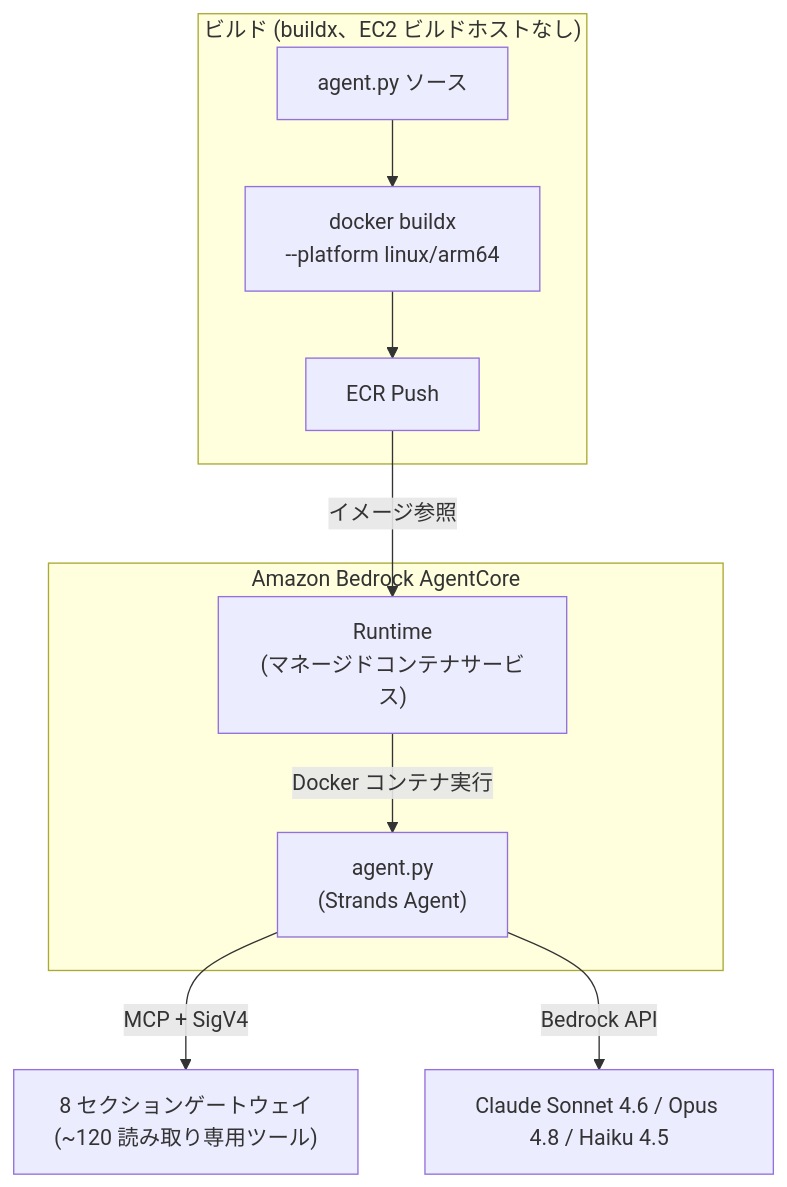
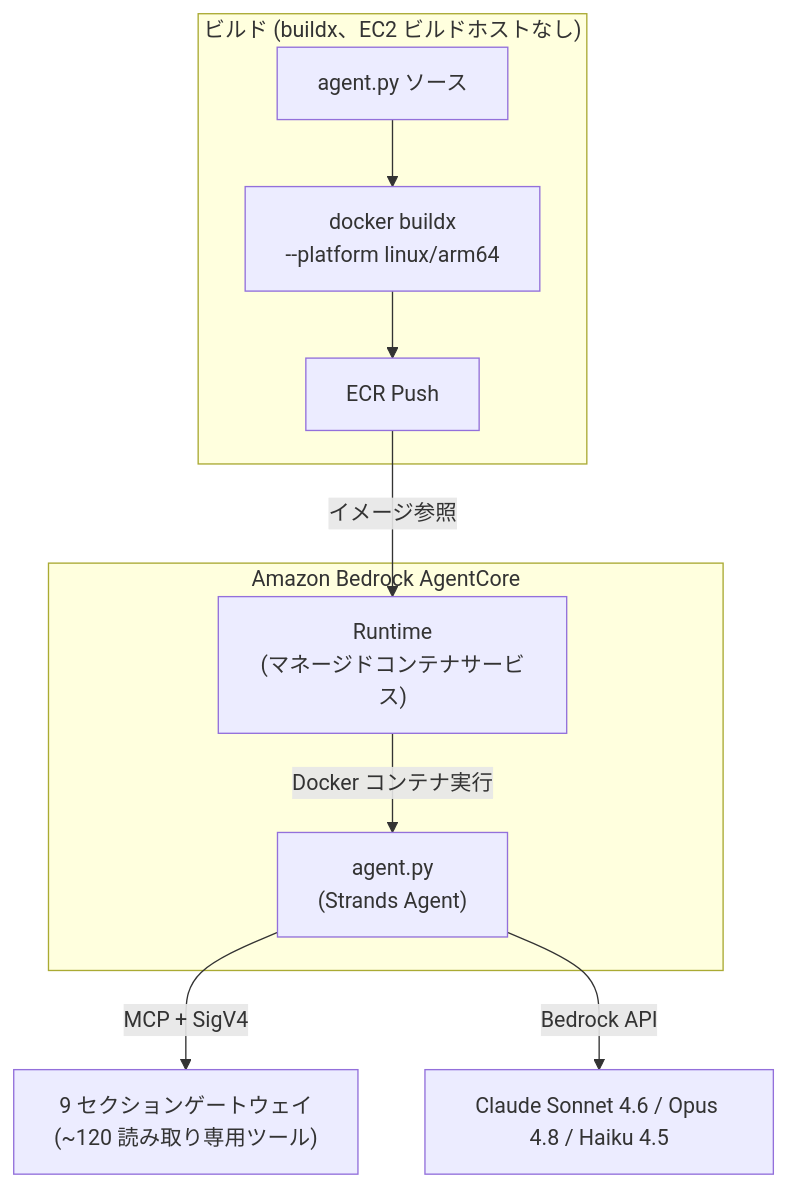
Before and after one commit to Atom-oh/awsops: the second of 7 diagrams in docs-site/i18n/ja/docusaurus-plugin-content-docs/current/faq/agentcore-memory.md, drawn with Mermaid. The commit also changed 28 other files, not shown here.

````diff
--- a/docs-site/i18n/ja/docusaurus-plugin-content-docs/current/faq/agentcore-memory.md
+++ b/docs-site/i18n/ja/docusaurus-plugin-content-docs/current/faq/agentcore-memory.md
@@ -40,17 +40,17 @@
 ```mermaid
 flowchart TD
   subgraph AC["Amazon Bedrock AgentCore"]
     RT["Runtime<br/>(マネージドコンテナサービス)"]
     RT -->|"Docker コンテナ実行"| AGENT["agent.py<br/>(Strands Agent)"]
   end
 
   subgraph BUILD["ビルド (buildx、EC2 ビルドホストなし)"]
     SRC["agent.py ソース"] --> DOCKER["docker buildx<br/>--platform linux/arm64"]
     DOCKER --> ECR["ECR Push"]
   end
 
   ECR -->|"イメージ参照"| RT
 
-  AGENT -->|"MCP + SigV4"| GW["8 セクションゲートウェイ<br/>(~120 読み取り専用ツール)"]
+  AGENT -->|"MCP + SigV4"| GW["9 セクションゲートウェイ<br/>(~120 読み取り専用ツール)"]
   AGENT -->|"Bedrock API"| MODEL["Claude Sonnet 4.6 / Opus 4.8 / Haiku 4.5"]
 ```
````
